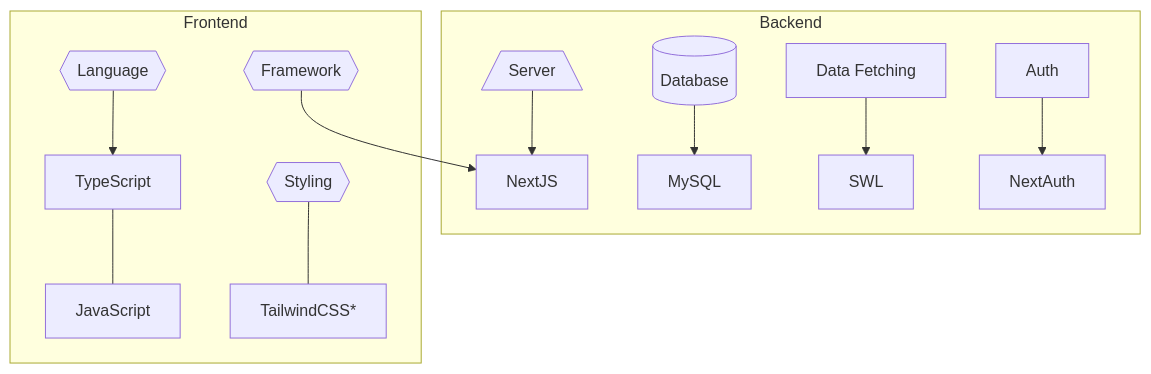
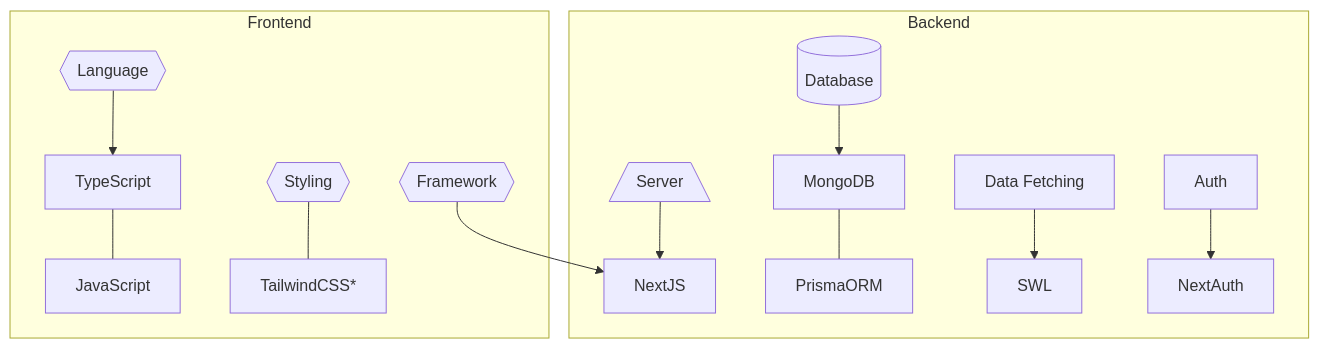
Before and after one commit to kezzaam/guidinglight: the first of 3 diagrams in README.md, drawn with Mermaid. The commit also changed other lines of this file and 13 other files, not shown here.

````diff
--- a/README.md
+++ b/README.md
@@ -32,14 +32,14 @@
 ```mermaid
 flowchart TB
     subgraph Backend
     id0[/Server\]-->NextJS
-    id1[(Database)]-->MySQL
+    id1[(Database)]-->MongoDB---PrismaORM
     id3[Data Fetching]-->SWL
     id4[Auth]-->NextAuth
     end
     subgraph Frontend
     id2{{Framework}}-->NextJS
     id5{{Language}}-->TypeScript---JavaScript
     id6{{Styling}}---TailwindCSS*
     end
 ```
````
